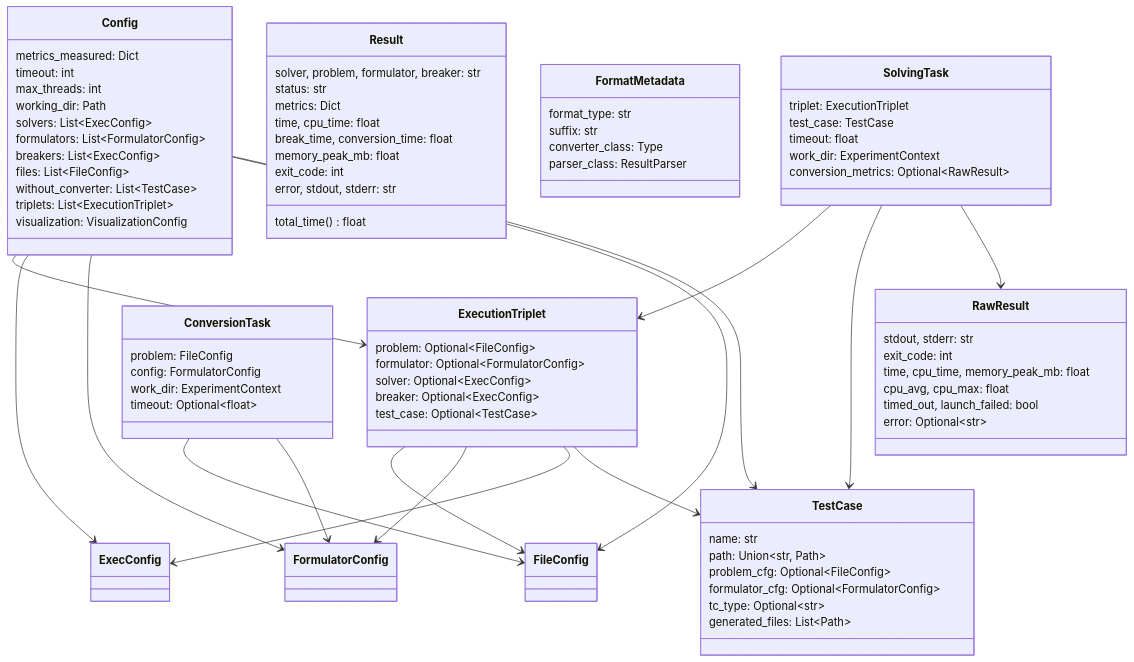
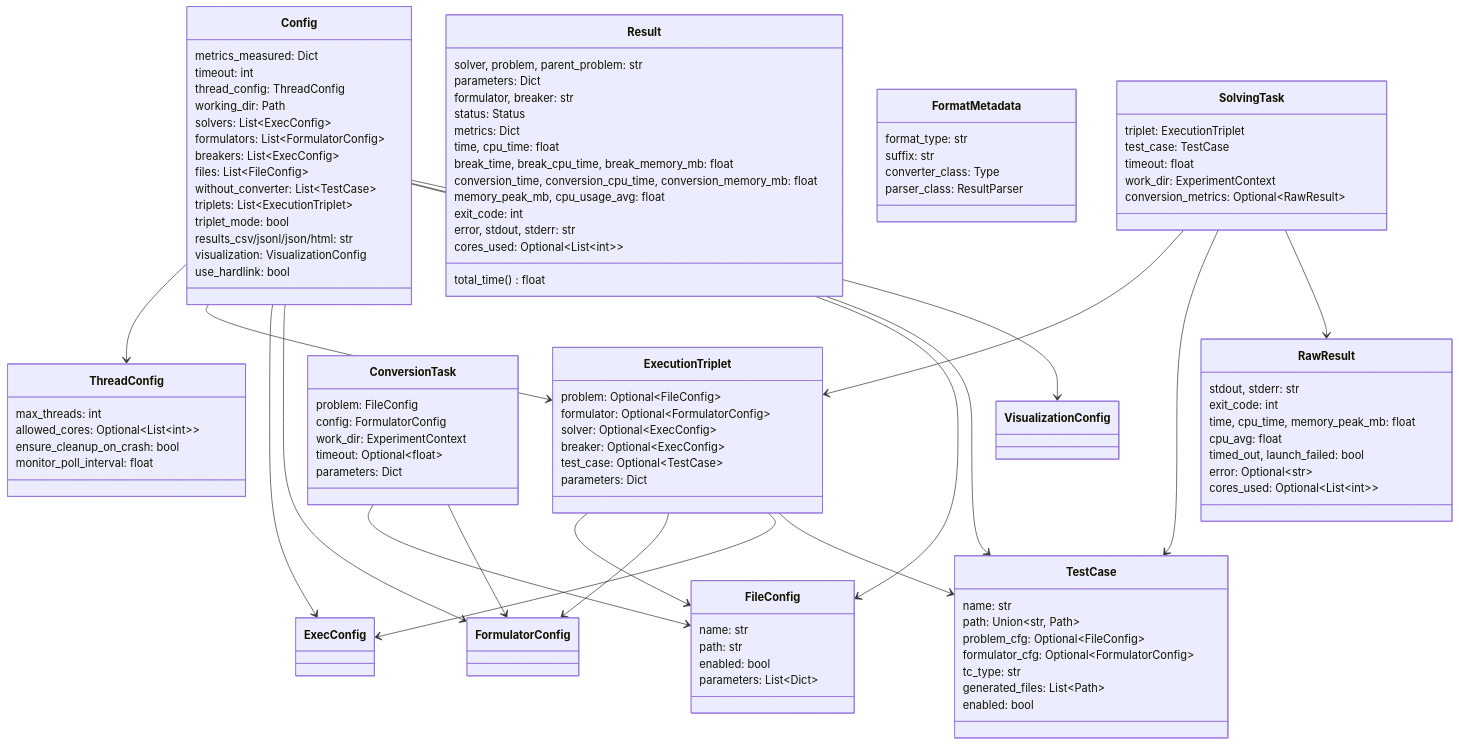
One commit to Fremal31/Comparison-of-SAT-solvers-in-combinatorics changed the fourth of 5 diagrams in ARCHITECTURE.md. Above: the diagram before and after it, drawn with Mermaid. The commit also changed other lines of this file and 1 other file, not shown here.

Commit message:
updated README and ARCHITECTURE

```diff
--- a/ARCHITECTURE.md
+++ b/ARCHITECTURE.md
@@ -173,7 +222,7 @@
     class Config {
         metrics_measured: Dict
         timeout: int
-        max_threads: int
+        thread_config: ThreadConfig
         working_dir: Path
         solvers: List~ExecConfig~
         formulators: List~FormulatorConfig~
@@ -181,7 +230,24 @@
         files: List~FileConfig~
         without_converter: List~TestCase~
         triplets: List~ExecutionTriplet~
+        triplet_mode: bool
+        results_csv/jsonl/json/html: str
         visualization: VisualizationConfig
+        use_hardlink: bool
+    }
+
+    class ThreadConfig {
+        max_threads: int
+        allowed_cores: Optional~List~int~~
+        ensure_cleanup_on_crash: bool
+        monitor_poll_interval: float
+    }
+
+    class FileConfig {
+        name: str
+        path: str
+        enabled: bool
+        parameters: List~Dict~
     }
 
     class ExecutionTriplet {
@@ -190,6 +256,7 @@
         solver: Optional~ExecConfig~
         breaker: Optional~ExecConfig~
         test_case: Optional~TestCase~
+        parameters: Dict
     }
 
     class TestCase {
@@ -197,19 +264,24 @@
         path: Union~str, Path~
         problem_cfg: Optional~FileConfig~
         formulator_cfg: Optional~FormulatorConfig~
-        tc_type: Optional~str~
+        tc_type: str
         generated_files: List~Path~
+        enabled: bool
     }
 
     class Result {
-        solver, problem, formulator, breaker: str
-        status: str
+        solver, problem, parent_problem: str
+        parameters: Dict
+        formulator, breaker: str
+        status: Status
         metrics: Dict
         time, cpu_time: float
-        break_time, conversion_time: float
-        memory_peak_mb: float
+        break_time, break_cpu_time, break_memory_mb: float
+        conversion_time, conversion_cpu_time, conversion_memory_mb: float
+        memory_peak_mb, cpu_usage_avg: float
         exit_code: int
         error, stdout, stderr: str
+        cores_used: Optional~List~int~~
         total_time() float
     }
 
@@ -217,9 +289,10 @@
         stdout, stderr: str
         exit_code: int
         time, cpu_time, memory_peak_mb: float
-        cpu_avg, cpu_max: float
+        cpu_avg: float
         timed_out, launch_failed: bool
         error: Optional~str~
+        cores_used: Optional~List~int~~
     }
 
     class FormatMetadata {
@@ -234,6 +307,7 @@
         config: FormulatorConfig
         work_dir: ExperimentContext
         timeout: Optional~float~
+        parameters: Dict
     }
 
     class SolvingTask {
@@ -244,11 +318,13 @@
         conversion_metrics: Optional~RawResult~
     }
 
+    Config --> ThreadConfig
     Config --> ExecutionTriplet
     Config --> ExecConfig
     Config --> FormulatorConfig
     Config --> FileConfig
     Config --> TestCase
+    Config --> VisualizationConfig
     ExecutionTriplet --> FileConfig
     ExecutionTriplet --> FormulatorConfig
     ExecutionTriplet --> ExecConfig
```
